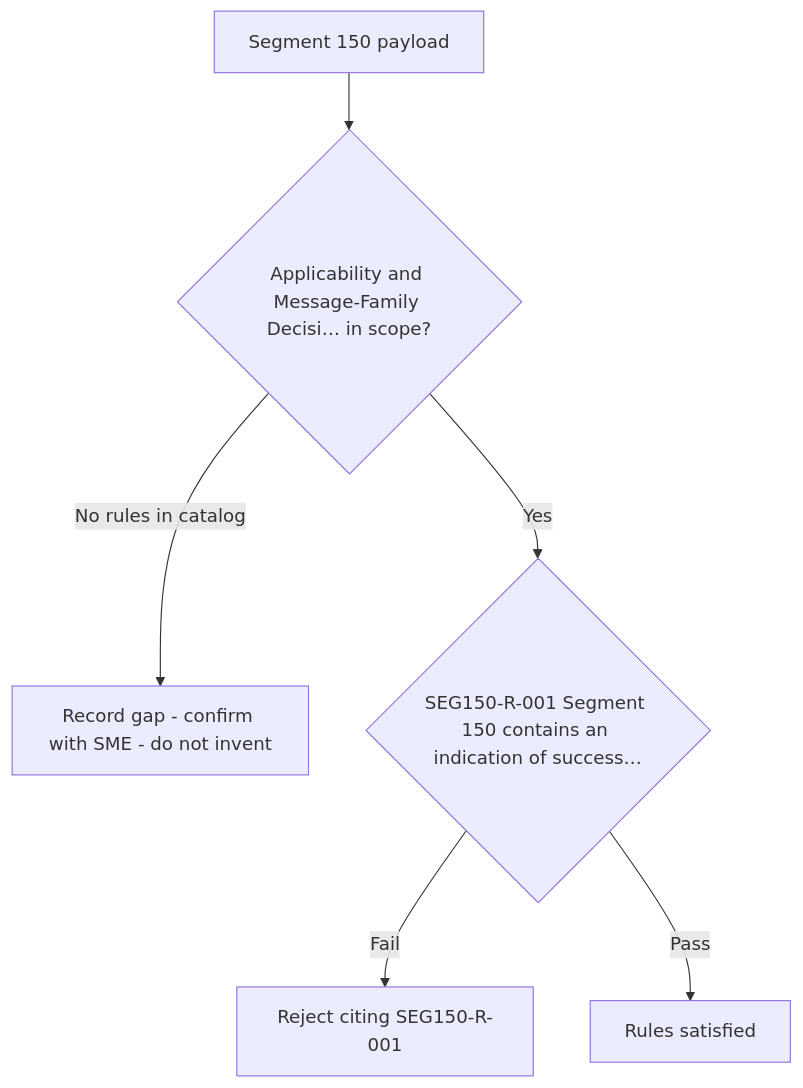
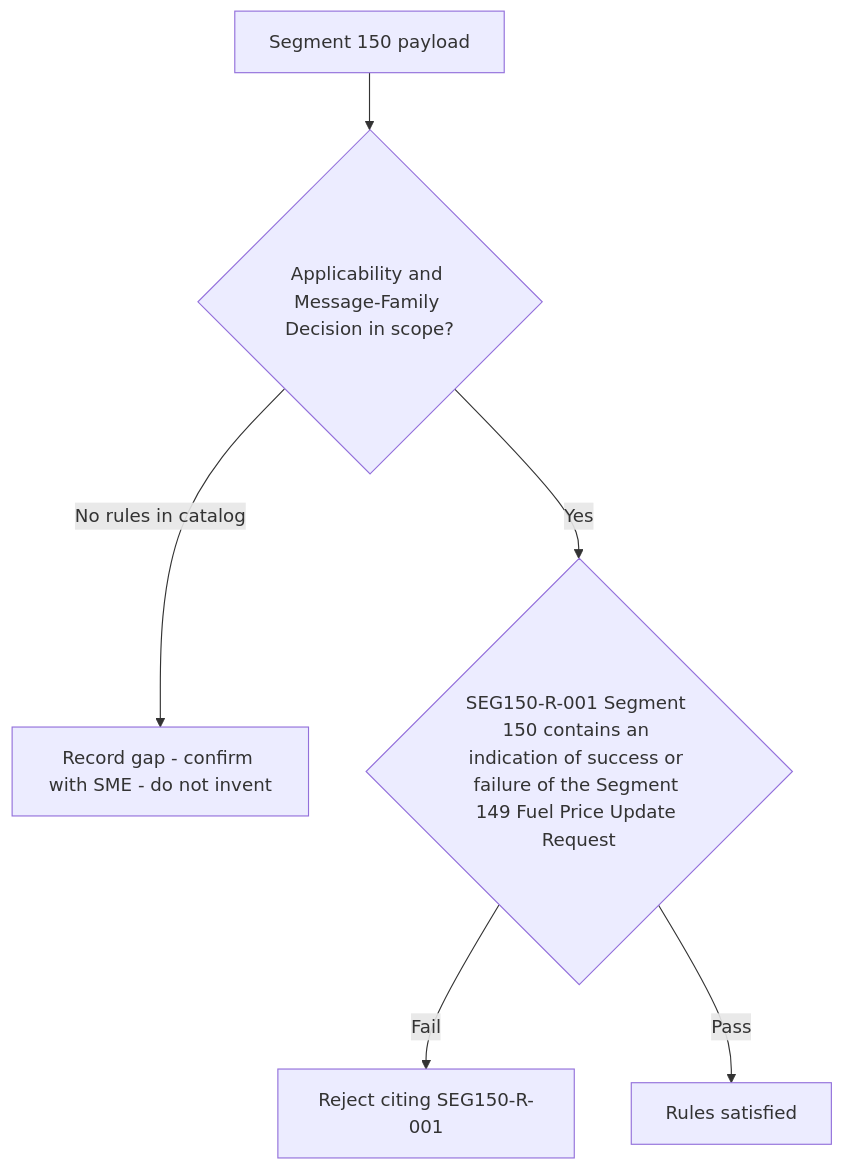
One commit to DhanSingh-hub/core-auth-ai-validation-framework changed the diagram in regression-artifact-validator/specifications/ATL105/docs/specs/kb/segment-150/applicability-decision-flow.md. Above: the diagram before and after it, drawn with Mermaid. The commit also changed 150 other files, not shown here.

````diff
--- a/regression-artifact-validator/specifications/ATL105/docs/specs/kb/segment-150/applicability-decision-flow.md
+++ b/regression-artifact-validator/specifications/ATL105/docs/specs/kb/segment-150/applicability-decision-flow.md
@@ -3,8 +3,8 @@
 ```mermaid
 flowchart TD
-    A[Segment 150 payload] --> B{Applicability and Message-Family Decisi… in scope?}
+    A[Segment 150 payload] --> B{Applicability and Message-Family Decision in scope?}
     B -->|No rules in catalog| G[Record gap - confirm with SME - do not invent]
-    B -->|Yes| R1{SEG150-R-001 Segment 150 contains an indication of success…}
+    B -->|Yes| R1{SEG150-R-001 Segment 150 contains an indication of success or failure of the Segment 149 Fuel Price Update Request}
     R1 -->|Fail| X1[Reject citing SEG150-R-001]
     R1 -->|Pass| Z[Rules satisfied]
 ```
````
